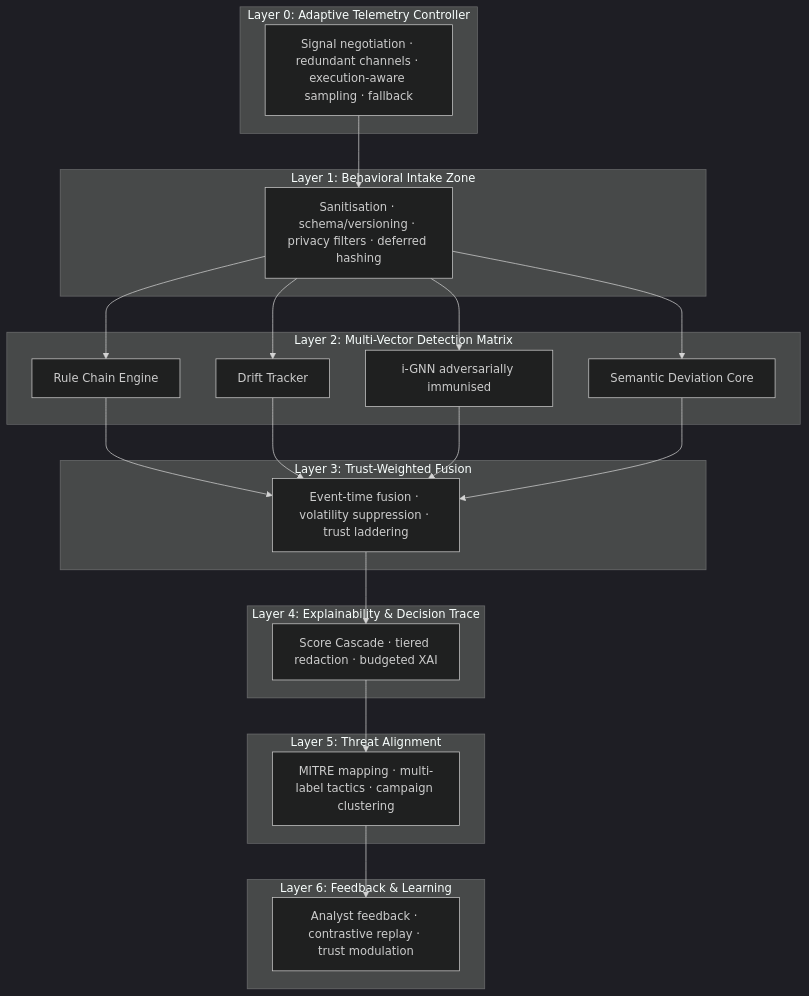
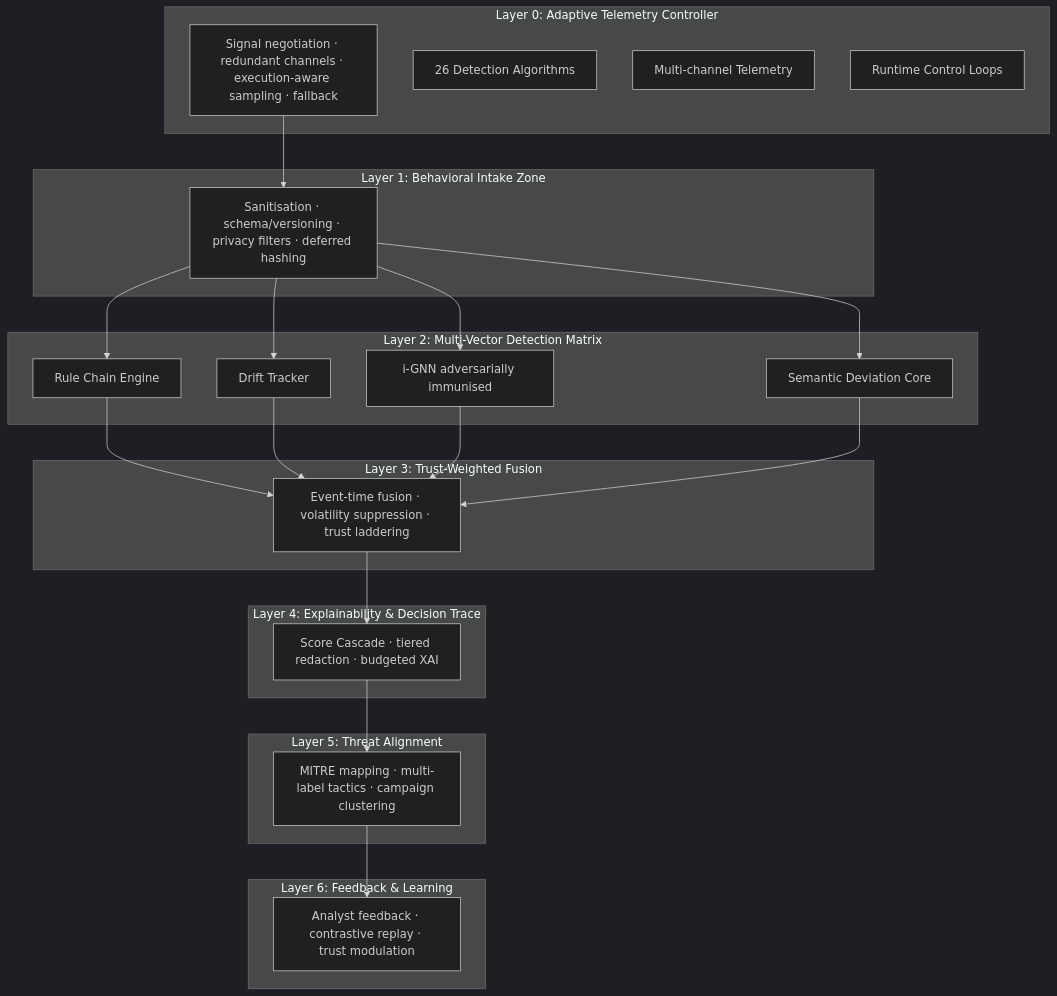
One commit to Pepstee/scafad-r-core changed the first of 2 diagrams in README.md. Above: the diagram before and after it, drawn with Mermaid (dark theme). The commit also changed other lines of this file and 2 other files, not shown here.

````diff
--- a/README.md
+++ b/README.md
@@ -21,29 +26,32 @@
 ```mermaid
 graph TB
     subgraph L0[Layer 0: Adaptive Telemetry Controller]
         A0[Signal negotiation · redundant channels · execution-aware sampling · fallback]
+        A0a[26 Detection Algorithms]
+        A0b[Multi-channel Telemetry]
+        A0c[Runtime Control Loops]
     end
     subgraph L1[Layer 1: Behavioral Intake Zone]
         A1[Sanitisation · schema/versioning · privacy filters · deferred hashing]
     end
     subgraph L2[Layer 2: Multi-Vector Detection Matrix]
         A2a[Rule Chain Engine]
         A2b[Drift Tracker]
         A2c[i-GNN adversarially immunised]
         A2d[Semantic Deviation Core]
     end
     subgraph L3[Layer 3: Trust-Weighted Fusion]
         A3[Event-time fusion · volatility suppression · trust laddering]
     end
     subgraph L4[Layer 4: Explainability & Decision Trace]
         A4[Score Cascade · tiered redaction · budgeted XAI]
     end
     subgraph L5[Layer 5: Threat Alignment]
         A5[MITRE mapping · multi-label tactics · campaign clustering]
     end
     subgraph L6[Layer 6: Feedback & Learning]
         A6[Analyst feedback · contrastive replay · trust modulation]
     end
     
     A0 --> A1 --> A2a & A2b & A2c & A2d --> A3 --> A4 --> A5 --> A6
 ```
````
